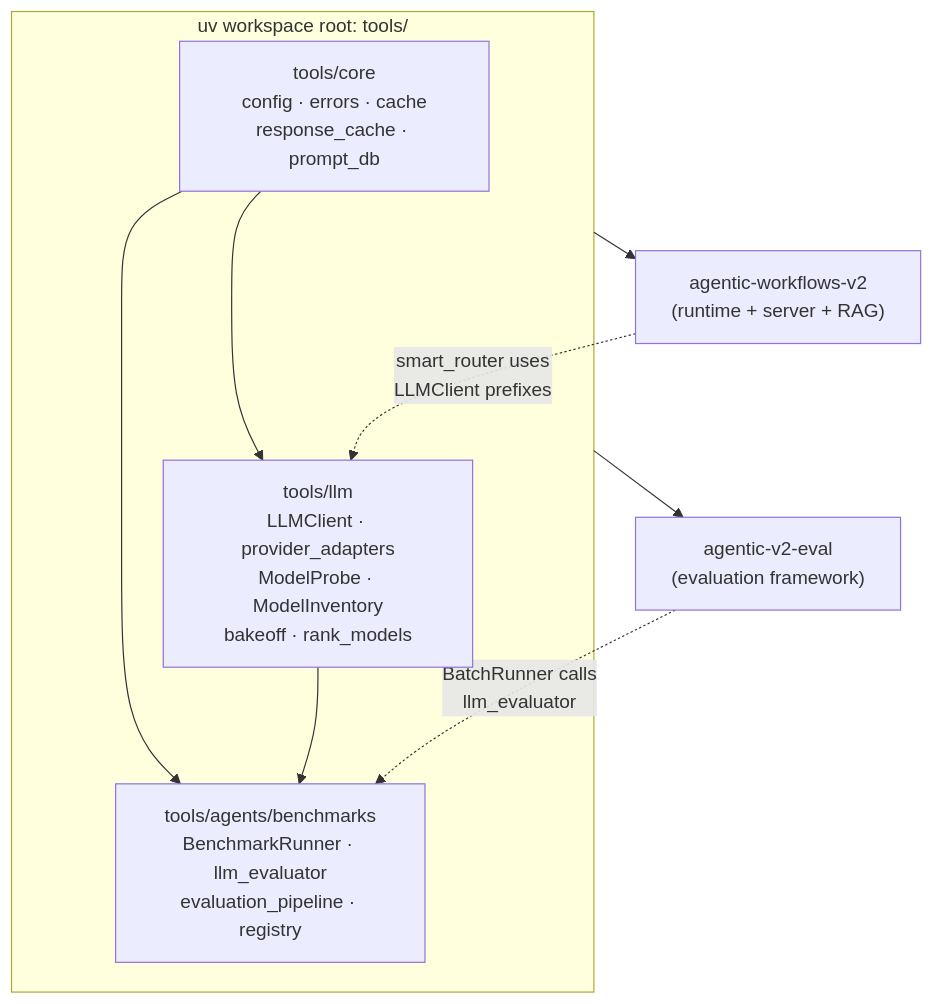
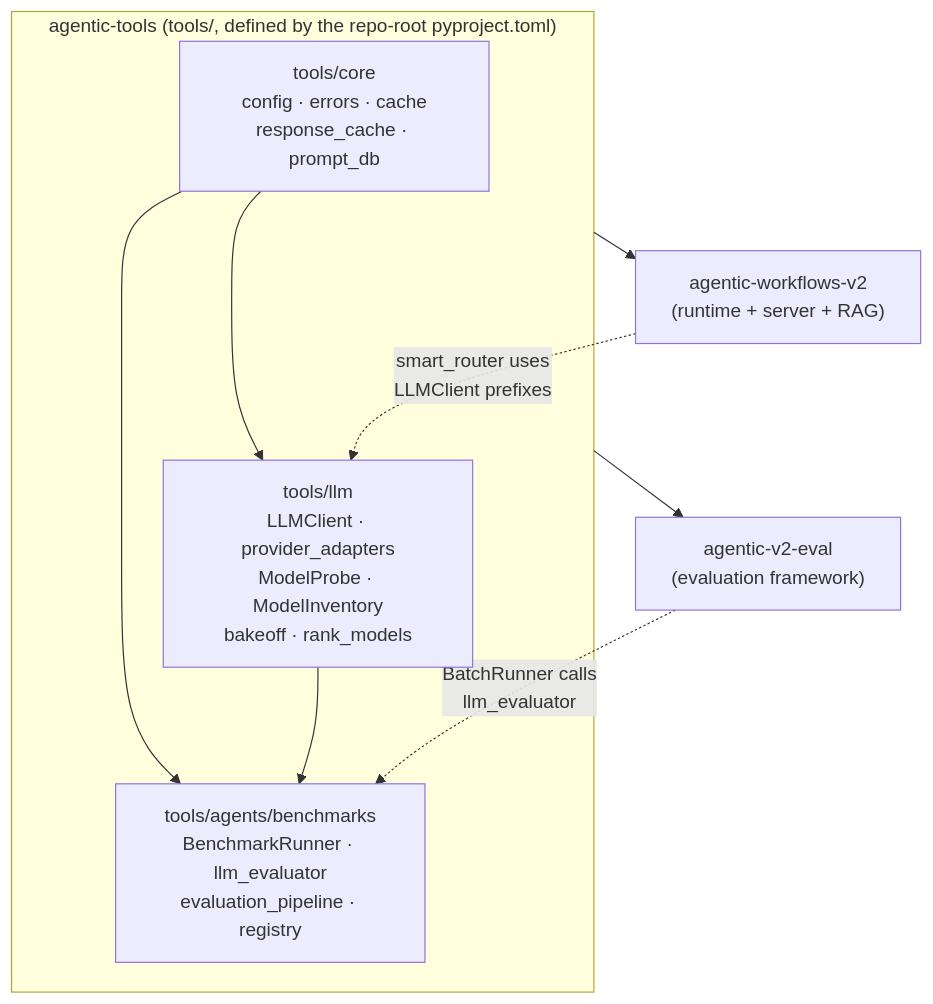
One commit to tafreeman/agentic-runtime-platform changed the diagram in docs/architecture-tools.md. Above: the diagram before and after it, drawn with Mermaid. The commit also changed other lines of this file and 54 other files, not shown here.

````diff
--- a/docs/architecture-tools.md
+++ b/docs/architecture-tools.md
@@ -25,20 +26,20 @@
 ```mermaid
 graph TD
-    subgraph workspace["uv workspace root: tools/"]
+    subgraph workspace["agentic-tools (tools/, defined by the repo-root pyproject.toml)"]
         core["tools/core\nconfig · errors · cache\nresponse_cache · prompt_db"]
         llm["tools/llm\nLLMClient · provider_adapters\nModelProbe · ModelInventory\nbakeoff · rank_models"]
         bench["tools/agents/benchmarks\nBenchmarkRunner · llm_evaluator\nevaluation_pipeline · registry"]
         core --> llm
         core --> bench
         llm --> bench
     end
 
     awv2["agentic-workflows-v2\n(runtime + server + RAG)"]
     eval["agentic-v2-eval\n(evaluation framework)"]
 
     workspace --> awv2
     workspace --> eval
 
     awv2 -.->|"smart_router uses\nLLMClient prefixes"| llm
     eval -.->|"BatchRunner calls\nllm_evaluator"| bench
 ```
````
